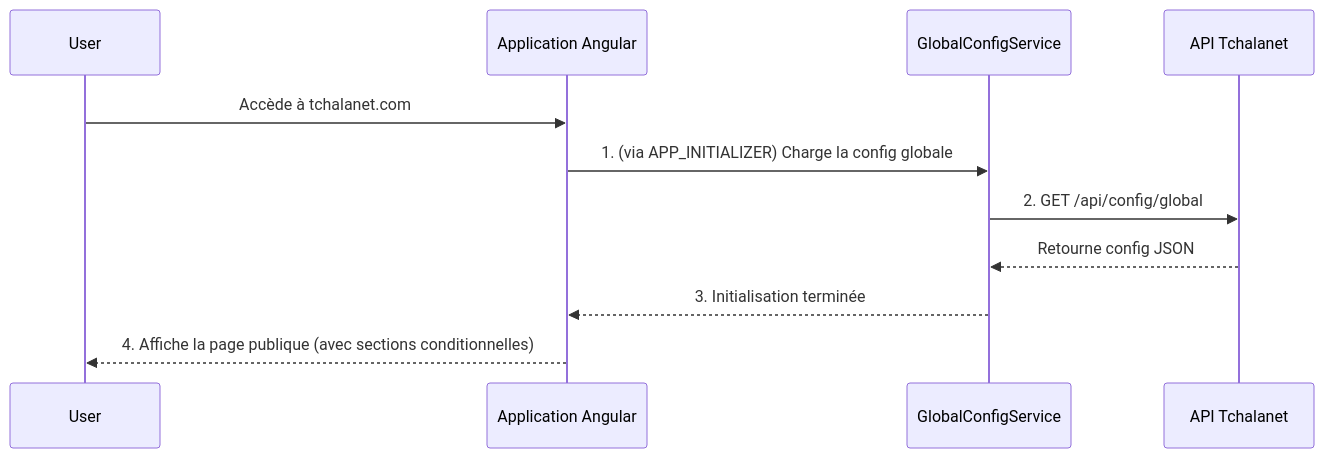
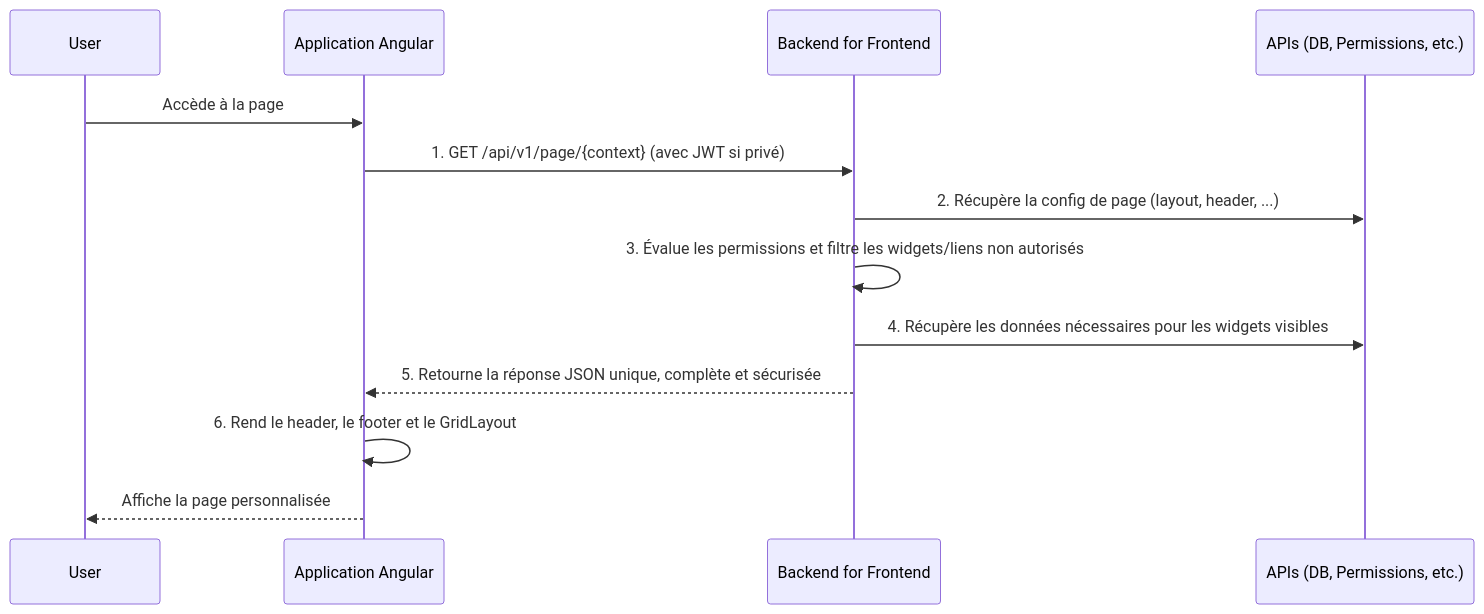
One commit to bhebb/tchalanet changed the diagram in tchalanet-docs/docs/architecture/document-technique-reference.md. Above: the diagram before and after it, drawn with Mermaid. The commit also changed other lines of this file and 670 other files, not shown here.

````diff
--- a/tchalanet-docs/docs/architecture/document-technique-reference.md
+++ b/tchalanet-docs/docs/architecture/document-technique-reference.md
@@ -28,14 +94,16 @@
 ```mermaid
 sequenceDiagram
     participant User
     participant AngularApp as Application Angular
-    participant GlobalConfigService
-    participant BackendAPI as API Tchalanet
+    participant BFF as Backend for Frontend
+    participant BackendServices as APIs (DB, Permissions, etc.)
 
-    User->>AngularApp: Accède à tchalanet.com
-    AngularApp->>GlobalConfigService: 1. (via APP_INITIALIZER) Charge la config globale
-    GlobalConfigService->>BackendAPI: 2. GET /api/config/global
-    BackendAPI-->>GlobalConfigService: Retourne config JSON
-    GlobalConfigService-->>AngularApp: 3. Initialisation terminée
-    AngularApp-->>User: 4. Affiche la page publique (avec sections conditionnelles)
+    User->>AngularApp: Accède à la page
+    AngularApp->>BFF: 1. GET /api/v1/page/{context} (avec JWT si privé)
+    BFF->>BackendServices: 2. Récupère la config de page (layout, header, ...)
+    BFF->>BFF: 3. Évalue les permissions et filtre les widgets/liens non autorisés
+    BFF->>BackendServices: 4. Récupère les données nécessaires pour les widgets visibles
+    BFF-->>AngularApp: 5. Retourne la réponse JSON unique, complète et sécurisée
+    AngularApp->>AngularApp: 6. Rend le header, le footer et le GridLayout
+    AngularApp-->>User: Affiche la page personnalisée
 ```
````
